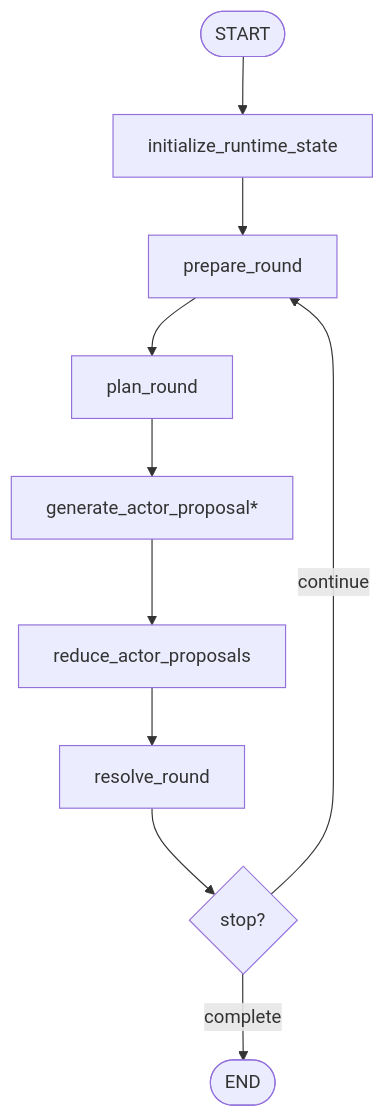
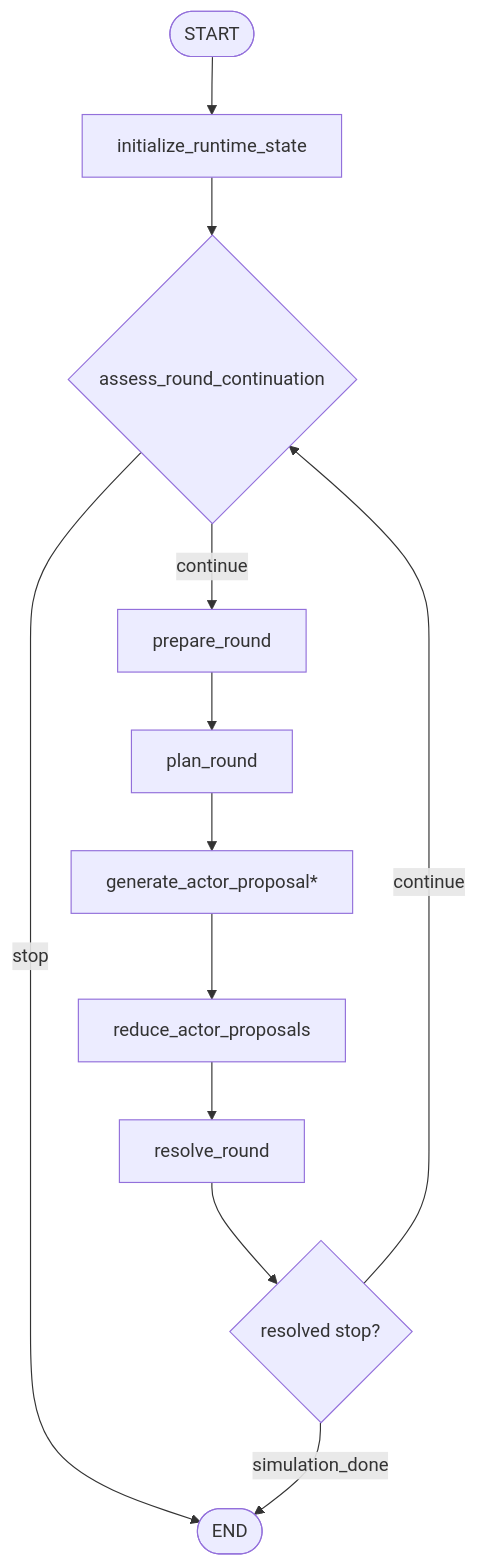
One commit to keonho-kim/simula changed the diagram in docs/workflows/runtime.md. Above: the diagram before and after it, drawn with Mermaid. The commit also changed other lines of this file and 18 other files, not shown here.

````diff
--- a/docs/workflows/runtime.md
+++ b/docs/workflows/runtime.md
@@ -10,12 +10,14 @@
 ```mermaid
 flowchart TD
     Start([START]) --> Init["initialize_runtime_state"]
-    Init --> Prepare["prepare_round"]
+    Init --> Continue{"assess_round_continuation"}
+    Continue -->|continue| Prepare["prepare_round"]
+    Continue -->|stop| End([END])
     Prepare --> Plan["plan_round"]
     Plan --> FanOut["generate_actor_proposal*"]
     FanOut --> Reduce["reduce_actor_proposals"]
     Reduce --> Resolve["resolve_round"]
-    Resolve --> Route{"stop?"}
-    Route -->|continue| Prepare
-    Route -->|complete| End([END])
+    Resolve --> Route{"resolved stop?"}
+    Route -->|continue| Continue
+    Route -->|simulation_done| End
 ```
````
